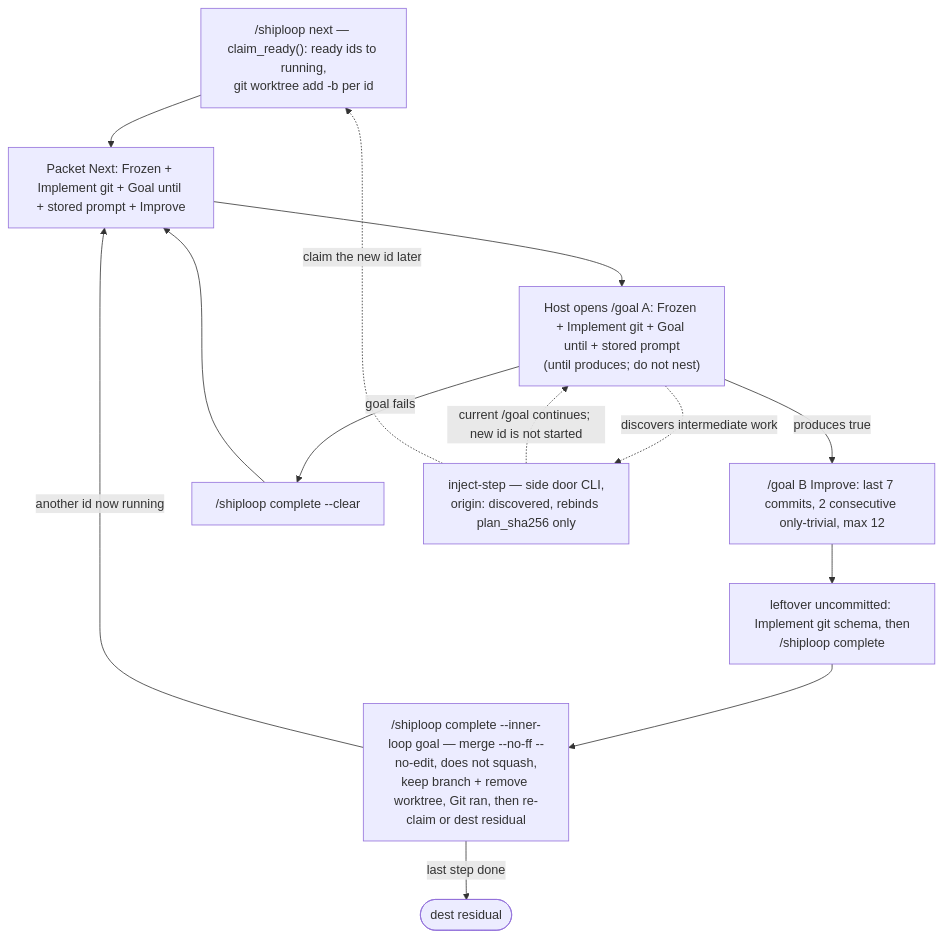
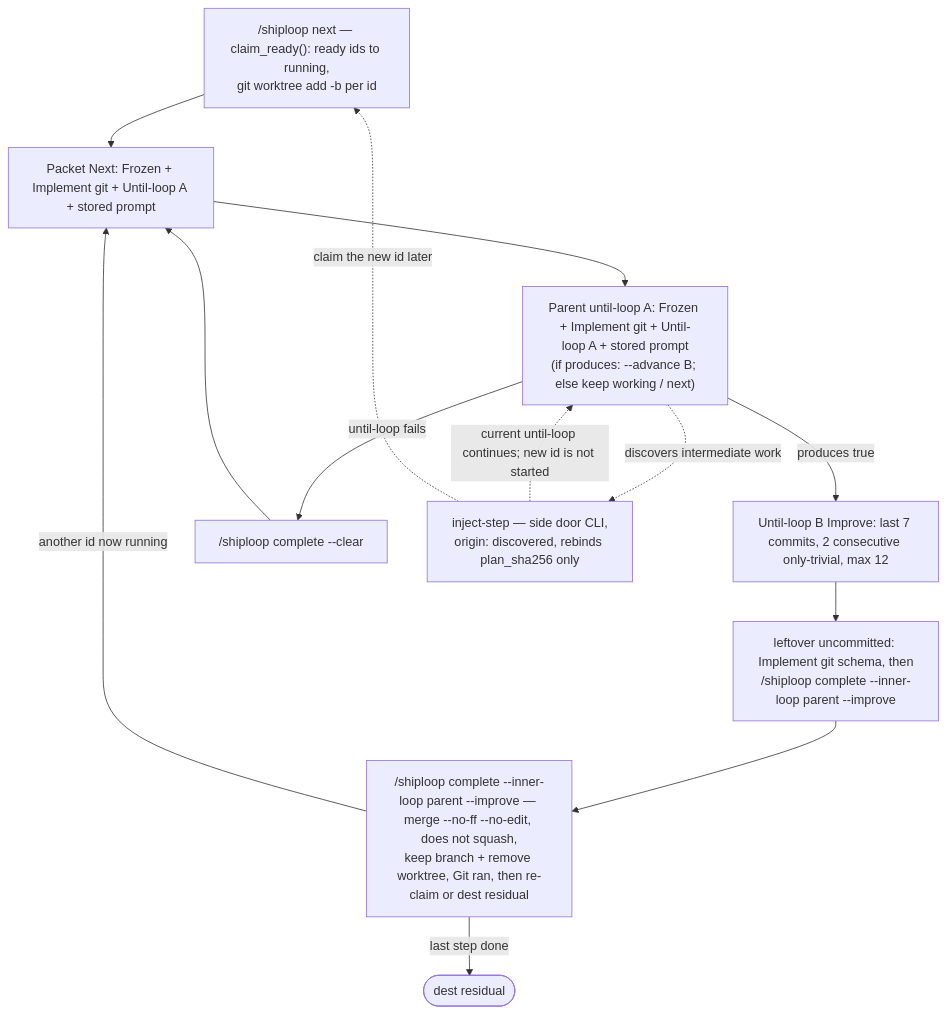
One commit to whichguy/skill-craft changed the fourth of 5 diagrams in plugins/shiploop/skills/shiploop/README.md. Above: the diagram before and after it, drawn with Mermaid. The commit also changed other lines of this file and 34 other files, not shown here.

Commit message:
ShipLoop 0.8.24: parent until-loop A/B file-state, max-12 fail-closed Improve, dest-contract probes without dest-exec.

````diff
--- a/plugins/shiploop/skills/shiploop/README.md
+++ b/plugins/shiploop/skills/shiploop/README.md
@@ -355,15 +358,15 @@
 ```mermaid
 flowchart TD
-  next["/shiploop next — claim_ready(): ready ids to running,\ngit worktree add -b per id"] --> printed["Packet Next: Frozen + Implement git + Goal until + stored prompt + Improve"]
-  printed --> gwork["Host opens /goal A: Frozen + Implement git + Goal until + stored prompt\n(until produces; do not nest)"]
-  gwork -->|produces true| improve["/goal B Improve: last 7 commits, 2 consecutive only-trivial, max 12"]
-  improve --> cm["leftover uncommitted: Implement git schema, then\n/shiploop complete"]
-  cm --> complete["/shiploop complete --inner-loop goal — merge --no-ff --no-edit, does not squash,\nkeep branch + remove worktree, Git ran, then re-claim or dest residual"]
+  next["/shiploop next — claim_ready(): ready ids to running,\ngit worktree add -b per id"] --> printed["Packet Next: Frozen + Implement git + Until-loop A + stored prompt"]
+  printed --> gwork["Parent until-loop A: Frozen + Implement git + Until-loop A + stored prompt\n(if produces: --advance B; else keep working / next)"]
+  gwork -->|produces true| improve["Until-loop B Improve: last 7 commits, 2 consecutive only-trivial, max 12"]
+  improve --> cm["leftover uncommitted: Implement git schema, then\n/shiploop complete --inner-loop parent --improve"]
+  cm --> complete["/shiploop complete --inner-loop parent --improve — merge --no-ff --no-edit, does not squash,\nkeep branch + remove worktree, Git ran, then re-claim or dest residual"]
   complete -->|another id now running| printed
   complete -->|last step done| residual([dest residual])
-  gwork -->|goal fails| clear["/shiploop complete --clear"]
+  gwork -->|until-loop fails| clear["/shiploop complete --clear"]
   clear --> printed
   gwork -.->|discovers intermediate work| inject["inject-step — side door CLI,\norigin: discovered, rebinds plan_sha256 only"]
-  inject -.->|current /goal continues; new id is not started| gwork
+  inject -.->|current until-loop continues; new id is not started| gwork
   inject -.->|claim the new id later| next
 ```
````
